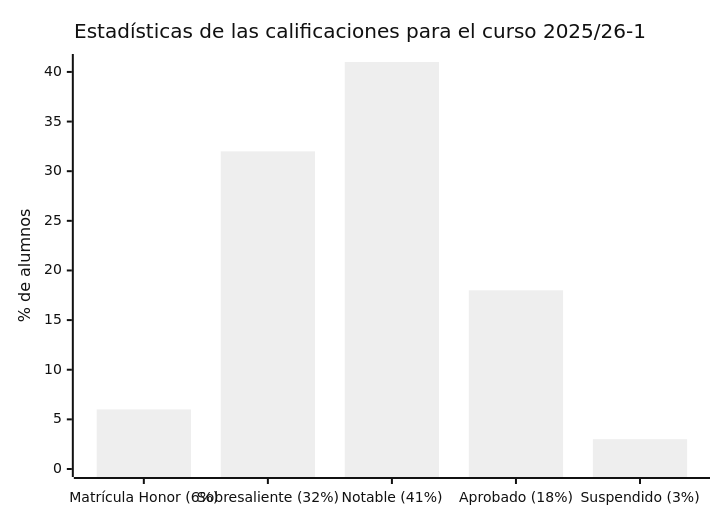
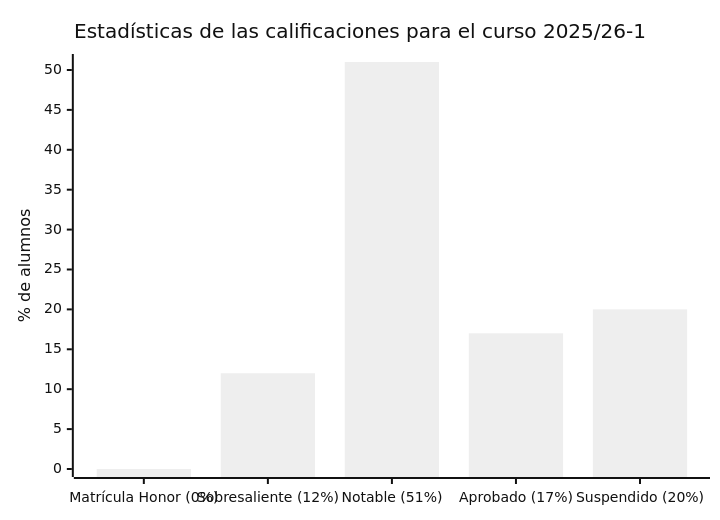
The diagram in estadistica/README.md (HenestrosaDev/uoc-ingenieria-informatica), drawn with Mermaid (neutral theme) before and after one commit. The commit also changed other lines of this file, not shown here.

````diff
--- a/estadistica/README.md
+++ b/estadistica/README.md
@@ -11,7 +12,7 @@
 ```mermaid
 xychart-beta
 		title "Estadísticas de las calificaciones para el curso 2025/26-1"
-		x-axis ["Matrícula Honor (6%)", "Sobresaliente (32%)", "Notable (41%)", "Aprobado (18%)", "Suspendido (3%)"]
-		y-axis "% de alumnos" 0 --> 41
-		bar [6, 32, 41, 18, 3]
+		x-axis ["Matrícula Honor (0%)", "Sobresaliente (12%)", "Notable (51%)", "Aprobado (17%)", "Suspendido (20%)"]
+		y-axis "% de alumnos" 0 --> 51
+		bar [0, 12, 51, 17, 20]
 ```
````
